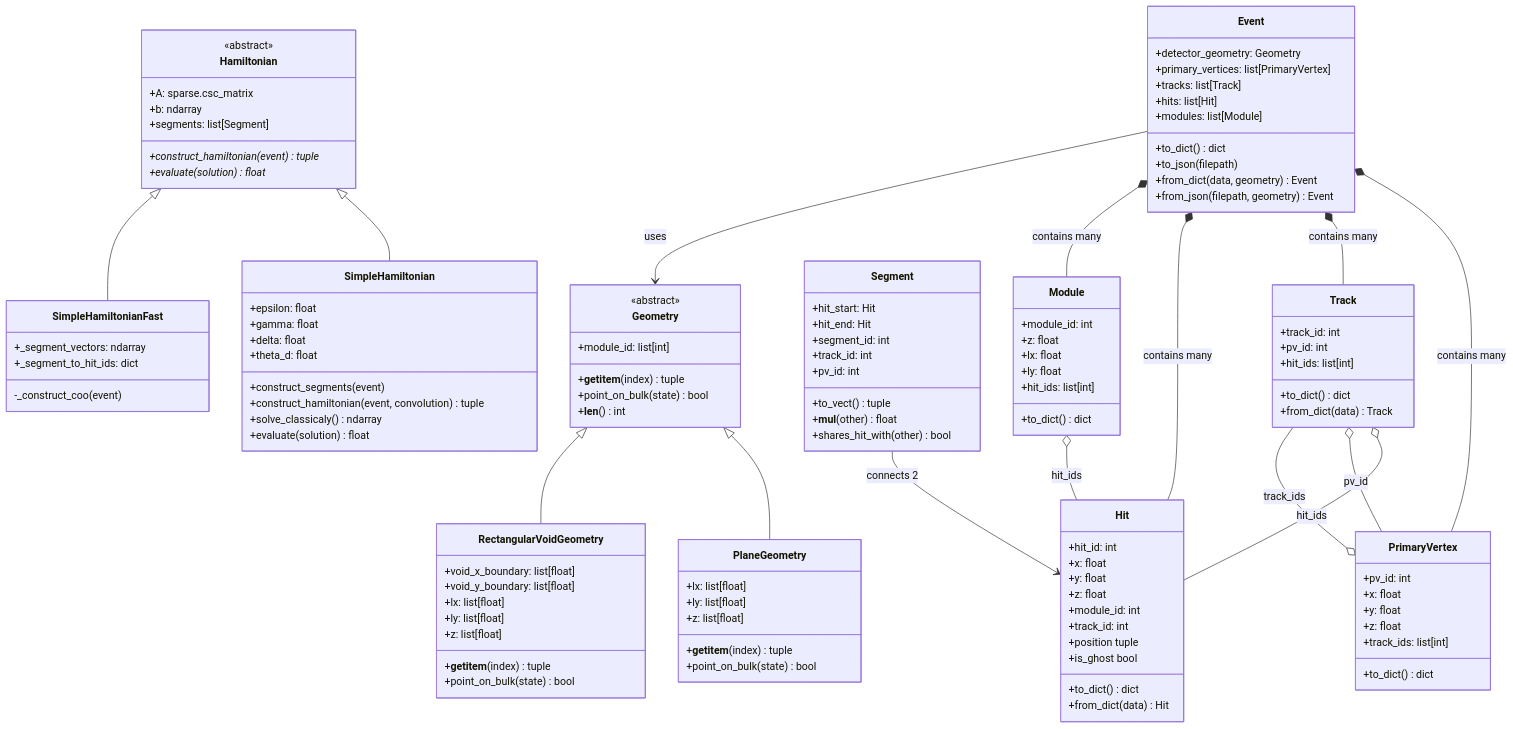
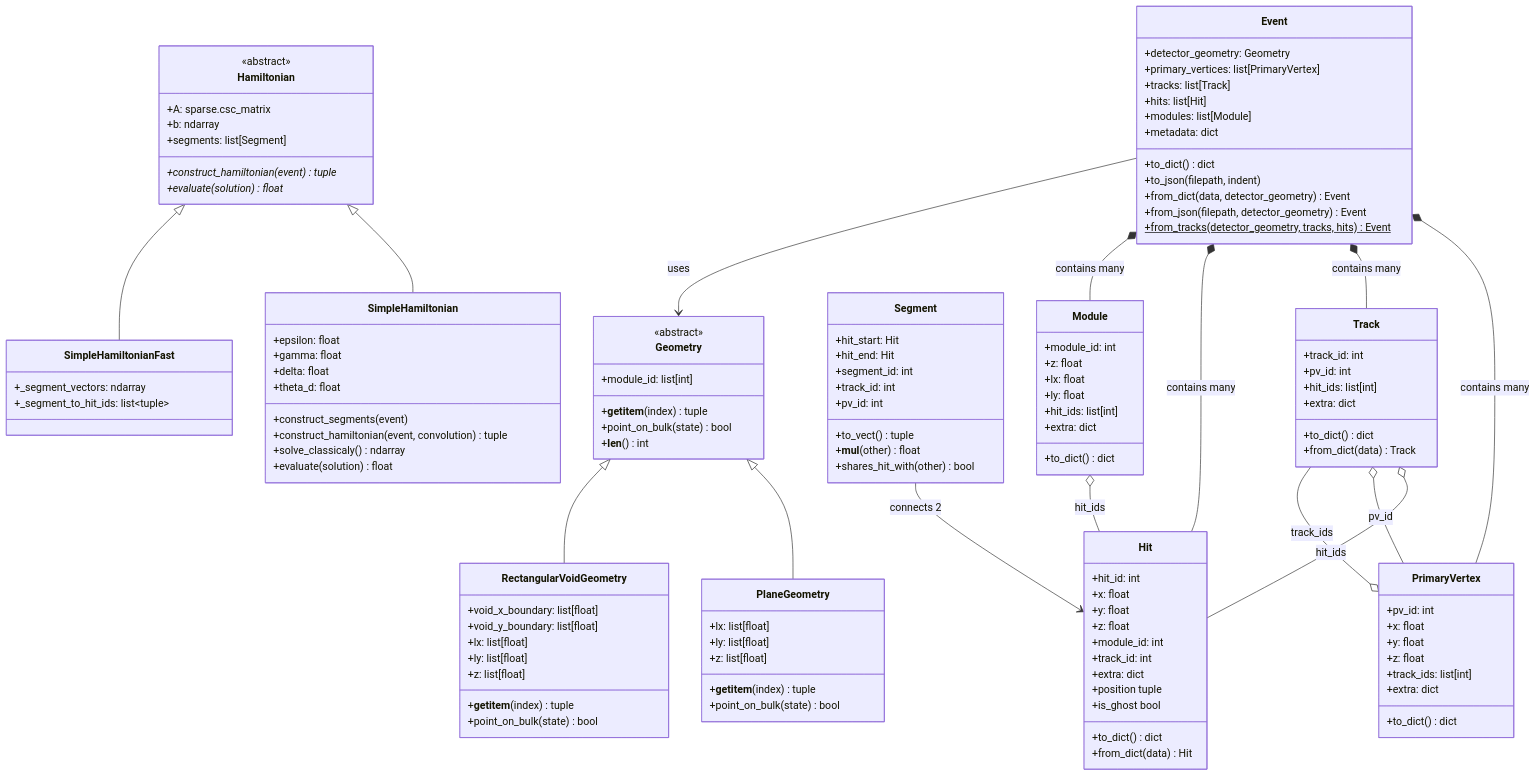
One commit to GeorgeWilliam1999/LHCb_VeLo_Toy_Model changed the third of 13 diagrams in docs/FLOW_DIAGRAMS.md. Above: the diagram before and after it, drawn with Mermaid. The commit also changed 11 other files, not shown here.

```diff
--- a/docs/FLOW_DIAGRAMS.md
+++ b/docs/FLOW_DIAGRAMS.md
@@ -170,8 +170,7 @@
     
     class SimpleHamiltonianFast {
         +_segment_vectors: ndarray
-        +_segment_to_hit_ids: dict
-        -_construct_coo(event)
+        +_segment_to_hit_ids: list~tuple~
     }
     
     Hamiltonian <|-- SimpleHamiltonian
@@ -184,6 +183,7 @@
         +z: float
         +module_id: int
         +track_id: int
+        +extra: dict
         +position tuple
         +is_ghost bool
         +to_dict() dict
@@ -205,6 +205,7 @@
         +track_id: int
         +pv_id: int
         +hit_ids: list[int]
+        +extra: dict
         +to_dict() dict
         +from_dict(data) Track
     }
@@ -215,6 +216,7 @@
         +y: float
         +z: float
         +track_ids: list[int]
+        +extra: dict
         +to_dict() dict
     }
     
@@ -224,6 +226,7 @@
         +lx: float
         +ly: float
         +hit_ids: list[int]
+        +extra: dict
         +to_dict() dict
     }
     
@@ -233,10 +236,12 @@
         +tracks: list[Track]
         +hits: list[Hit]
         +modules: list[Module]
+        +metadata: dict
         +to_dict() dict
-        +to_json(filepath)
-        +from_dict(data, geometry) Event
-        +from_json(filepath, geometry) Event
+        +to_json(filepath, indent)
+        +from_dict(data, detector_geometry) Event
+        +from_json(filepath, detector_geometry) Event
+        +from_tracks(detector_geometry, tracks, hits) Event$
     }
     
     Segment --> Hit : connects 2
```
